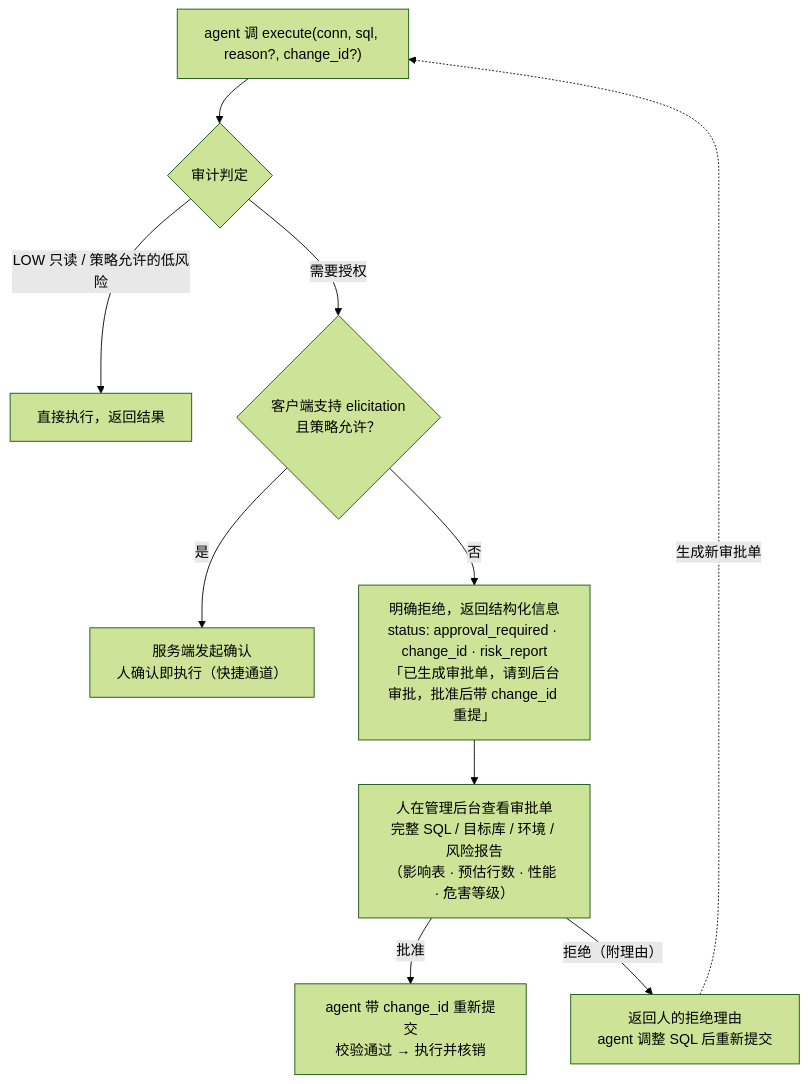
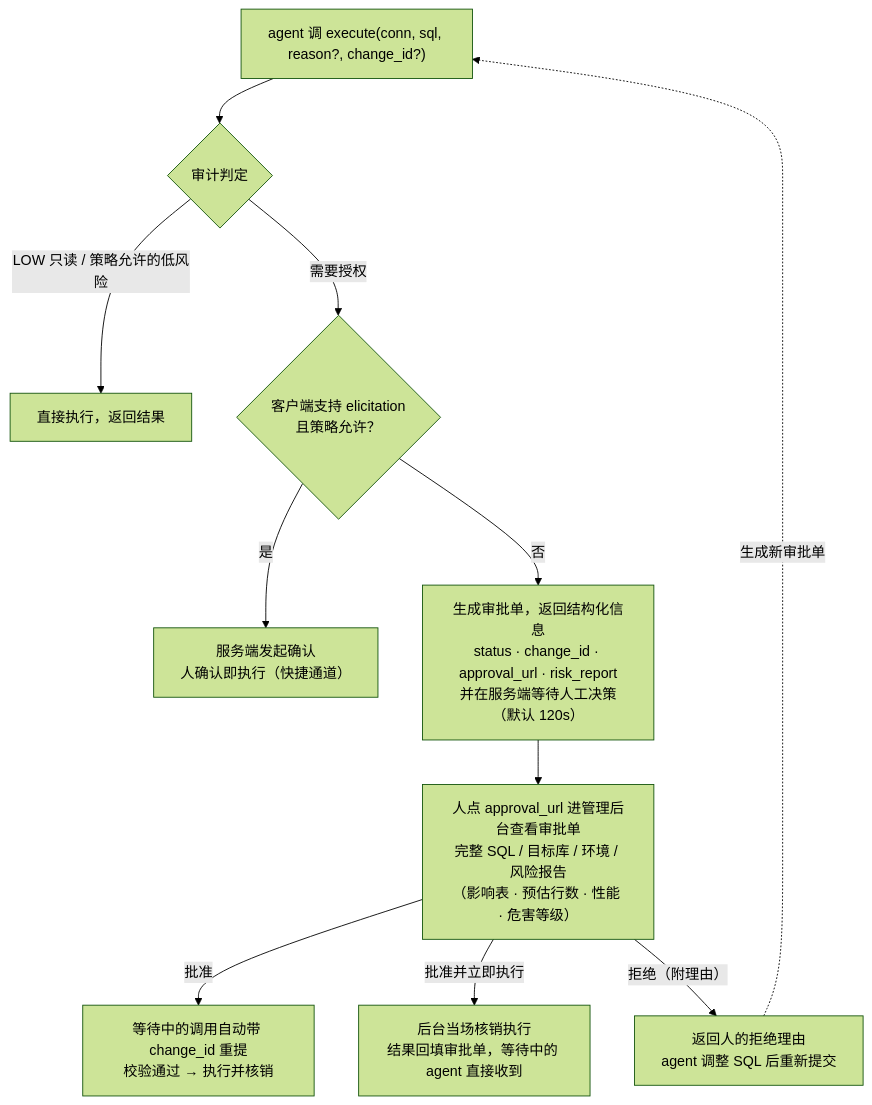
One commit to jianxinliu/Quay changed the second of 2 diagrams in DESIGN.md. Above: the diagram before and after it, drawn with Mermaid (forest theme). The commit also changed other lines of this file and 13 other files, not shown here.

````diff
--- a/DESIGN.md
+++ b/DESIGN.md
@@ -102,13 +102,14 @@
 ```mermaid
 flowchart TD
     E["agent 调 execute(conn, sql, reason?, change_id?)"]
     E --> C{"审计判定"}
     C -->|"LOW 只读 / 策略允许的低风险"| RUN["直接执行，返回结果"]
     C -->|"需要授权"| G{"客户端支持 elicitation<br/>且策略允许？"}
     G -->|"是"| ELI["服务端发起确认<br/>人确认即执行（快捷通道）"]
-    G -->|"否"| DENY["明确拒绝，返回结构化信息<br/>status: approval_required · change_id · risk_report<br/>「已生成审批单，请到后台审批，批准后带 change_id 重提」"]
-    DENY --> REVIEW["人在管理后台查看审批单<br/>完整 SQL / 目标库 / 环境 / 风险报告<br/>（影响表 · 预估行数 · 性能 · 危害等级）"]
-    REVIEW -->|"批准"| RESUB["agent 带 change_id 重新提交<br/>校验通过 → 执行并核销"]
+    G -->|"否"| DENY["生成审批单，返回结构化信息<br/>status · change_id · approval_url · risk_report<br/>并在服务端等待人工决策（默认 120s）"]
+    DENY --> REVIEW["人点 approval_url 进管理后台查看审批单<br/>完整 SQL / 目标库 / 环境 / 风险报告<br/>（影响表 · 预估行数 · 性能 · 危害等级）"]
+    REVIEW -->|"批准"| RESUB["等待中的调用自动带 change_id 重提<br/>校验通过 → 执行并核销"]
+    REVIEW -->|"批准并立即执行"| DIRECT["后台当场核销执行<br/>结果回填审批单，等待中的 agent 直接收到"]
     REVIEW -->|"拒绝（附理由）"| REJ["返回人的拒绝理由<br/>agent 调整 SQL 后重新提交"]
     REJ -.->|"生成新审批单"| E
 ```
````
